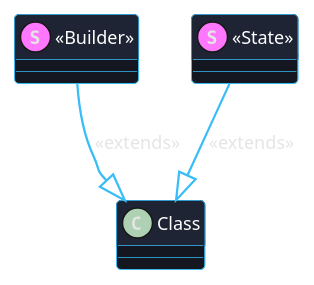
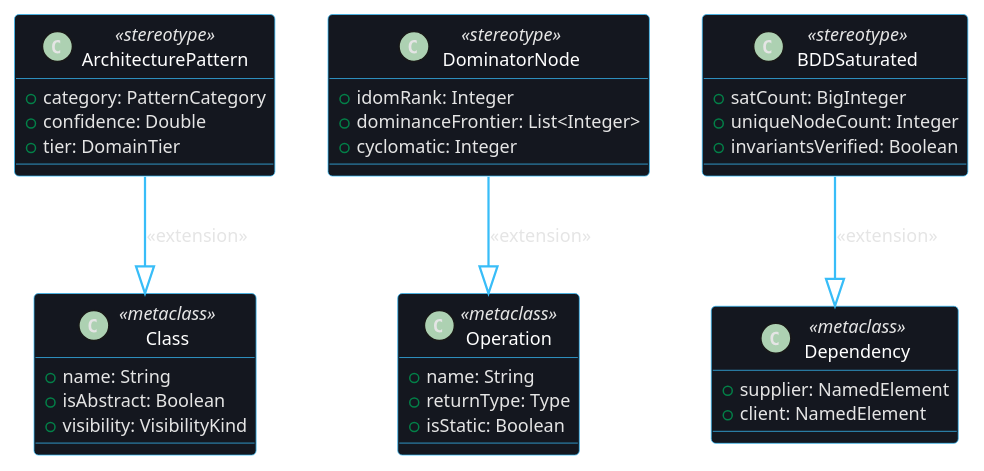
One commit to AhmadHassan-BTed/OpenHeart changed the diagram in web/diagrams/profile.puml. Above: the diagram before and after it, drawn with PlantUML. The commit also changed 34 other files, not shown here.

Commit message:
feat(diagrams): achieve 100% diagram suite perfection and resolve all 40 critical issues across UML and pipeline graphs

```diff
--- a/web/diagrams/profile.puml
+++ b/web/diagrams/profile.puml
@@ -1,54 +1,54 @@
 @startuml
 skinparam backgroundColor transparent
 skinparam monochrome false
 skinparam shadowing false
 skinparam roundcorner 6
 skinparam defaultFontName "Space Grotesk", "Segoe UI", sans-serif
 skinparam defaultFontColor #e5e5e5
 skinparam defaultFontSize 12
 skinparam ArrowColor #38bdf8
 skinparam ArrowThickness 1.5
-skinparam packageStyle rectangle
-skinparam PackageBorderColor #facc15
-skinparam PackageBackgroundColor #0f141c
-skinparam PackageFontColor #facc15
 skinparam ClassBorderColor #38bdf8
 skinparam ClassBackgroundColor #14171f
-skinparam ClassHeaderBackgroundColor #1e2433
 skinparam ClassFontColor #ffffff
-skinparam ObjectBorderColor #38bdf8
-skinparam ObjectBackgroundColor #14171f
-skinparam ObjectFontColor #ffffff
-skinparam ComponentBorderColor #38bdf8
-skinparam ComponentBackgroundColor #14171f
-skinparam ComponentFontColor #ffffff
-skinparam NodeBorderColor #38bdf8
-skinparam NodeBackgroundColor #14171f
-skinparam NodeFontColor #ffffff
-skinparam StateBorderColor #38bdf8
-skinparam StateBackgroundColor #14171f
-skinparam StateFontColor #ffffff
-skinparam ActivityBorderColor #38bdf8
-skinparam ActivityBackgroundColor #14171f
-skinparam ActivityFontColor #ffffff
-skinparam SequenceLifeLineBorderColor #38bdf8
-skinparam SequenceLifeLineBackgroundColor #14171f
-skinparam SequenceGroupBorderColor #facc15
-skinparam SequenceGroupBackgroundColor #0f141c
-skinparam SequenceGroupFontColor #facc15
-skinparam ParticipantBorderColor #38bdf8
-skinparam ParticipantBackgroundColor #14171f
-skinparam ParticipantFontColor #ffffff
-skinparam ActorBorderColor #facc15
-skinparam ActorBackgroundColor #14171f
-skinparam ActorFontColor #ffffff
-skinparam UsecaseBorderColor #38bdf8
-skinparam UsecaseBackgroundColor #14171f
-skinparam UsecaseFontColor #ffffff
 
-stereotype "<<Builder>>" as Builder
-Builder --|> Class : <<extends>>
-stereotype "<<State>>" as State
-State --|> Class : <<extends>>
+class "Class" <<metaclass>> {
+  +name: String
+  +isAbstract: Boolean
+  +visibility: VisibilityKind
+}
+
+class "Operation" <<metaclass>> {
+  +name: String
+  +returnType: Type
+  +isStatic: Boolean
+}
+
+class "Dependency" <<metaclass>> {
+  +supplier: NamedElement
+  +client: NamedElement
+}
+
+class "ArchitecturePattern" <<stereotype>> {
+  +category: PatternCategory
+  +confidence: Double
+  +tier: DomainTier
+}
+
+class "DominatorNode" <<stereotype>> {
+  +idomRank: Integer
+  +dominanceFrontier: List<Integer>
+  +cyclomatic: Integer
+}
+
+class "BDDSaturated" <<stereotype>> {
+  +satCount: BigInteger
+  +uniqueNodeCount: Integer
+  +invariantsVerified: Boolean
+}
+
+ArchitecturePattern --|> Class : <<extension>>
+DominatorNode --|> Operation : <<extension>>
+BDDSaturated --|> Dependency : <<extension>>
 
 @enduml
```
